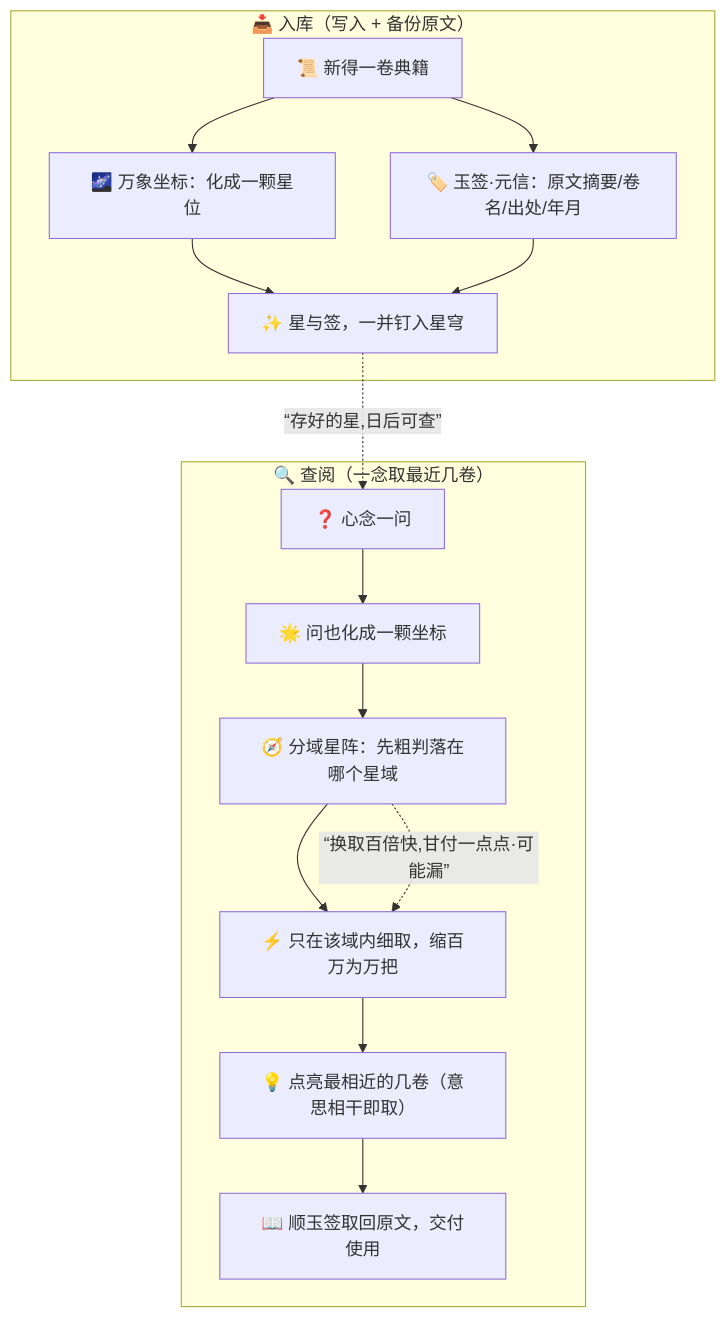
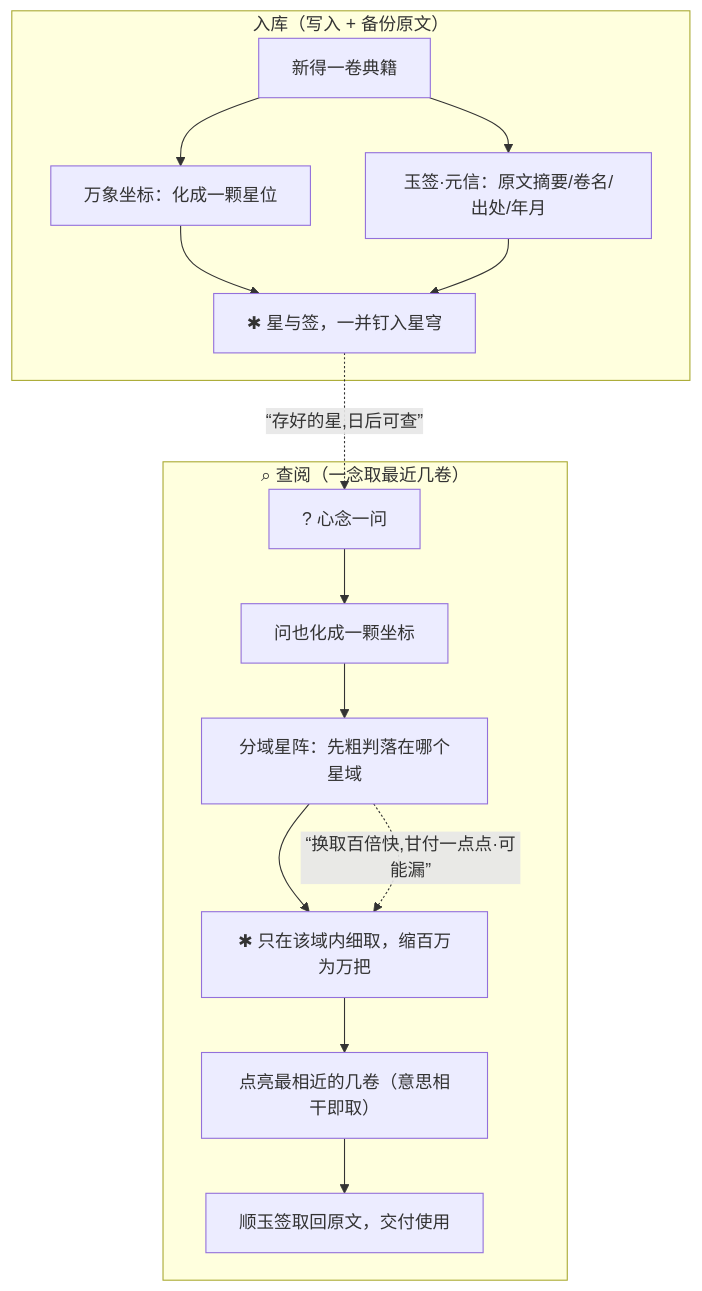
The diagram in docs/09_STORY_修仙学AI/STORY-炼虚/[STORY-章节-124] 第10章 炼虚·藏经阁.md (luckykhy/KhyAiHub), drawn with Mermaid before and after one commit. The commit also changed other lines of this file and 19 other files, not shown here.

````diff
--- a/docs/09_STORY_修仙学AI/STORY-炼虚/[STORY-章节-124] 第10章 炼虚·藏经阁.md
+++ b/docs/09_STORY_修仙学AI/STORY-炼虚/[STORY-章节-124] 第10章 炼虚·藏经阁.md
@@ -158,20 +158,20 @@
 ```mermaid
 flowchart TB
-    subgraph 入库["📥 入库（写入 + 备份原文）"]
-        A["📜 新得一卷典籍"] --> B["🌌 万象坐标：化成一颗星位"]
-        A --> C["🏷️ 玉签·元信：原文摘要/卷名/出处/年月"]
-        B --> D["✨ 星与签，一并钉入星穹"]
+    subgraph 入库["入库（写入 + 备份原文）"]
+        A["新得一卷典籍"] --> B["万象坐标：化成一颗星位"]
+        A --> C["玉签·元信：原文摘要/卷名/出处/年月"]
+        B --> D["✱ 星与签，一并钉入星穹"]
         C --> D
     end
 
-    subgraph 查阅["🔍 查阅（一念取最近几卷）"]
-        E["❓ 心念一问"] --> F["🌟 问也化成一颗坐标"]
-        F --> G["🧭 分域星阵：先粗判落在哪个星域"]
-        G --> H["⚡ 只在该域内细取，缩百万为万把"]
-        H --> I["💡 点亮最相近的几卷（意思相干即取）"]
-        I --> J["📖 顺玉签取回原文，交付使用"]
+    subgraph 查阅["⌕ 查阅（一念取最近几卷）"]
+        E["? 心念一问"] --> F["问也化成一颗坐标"]
+        F --> G["分域星阵：先粗判落在哪个星域"]
+        G --> H["✱ 只在该域内细取，缩百万为万把"]
+        H --> I["点亮最相近的几卷（意思相干即取）"]
+        I --> J["顺玉签取回原文，交付使用"]
     end
 
     D -.“存好的星,日后可查”.-> E
     G -.“换取百倍快,甘付一点点·可能漏”.-> H
 ```
````
